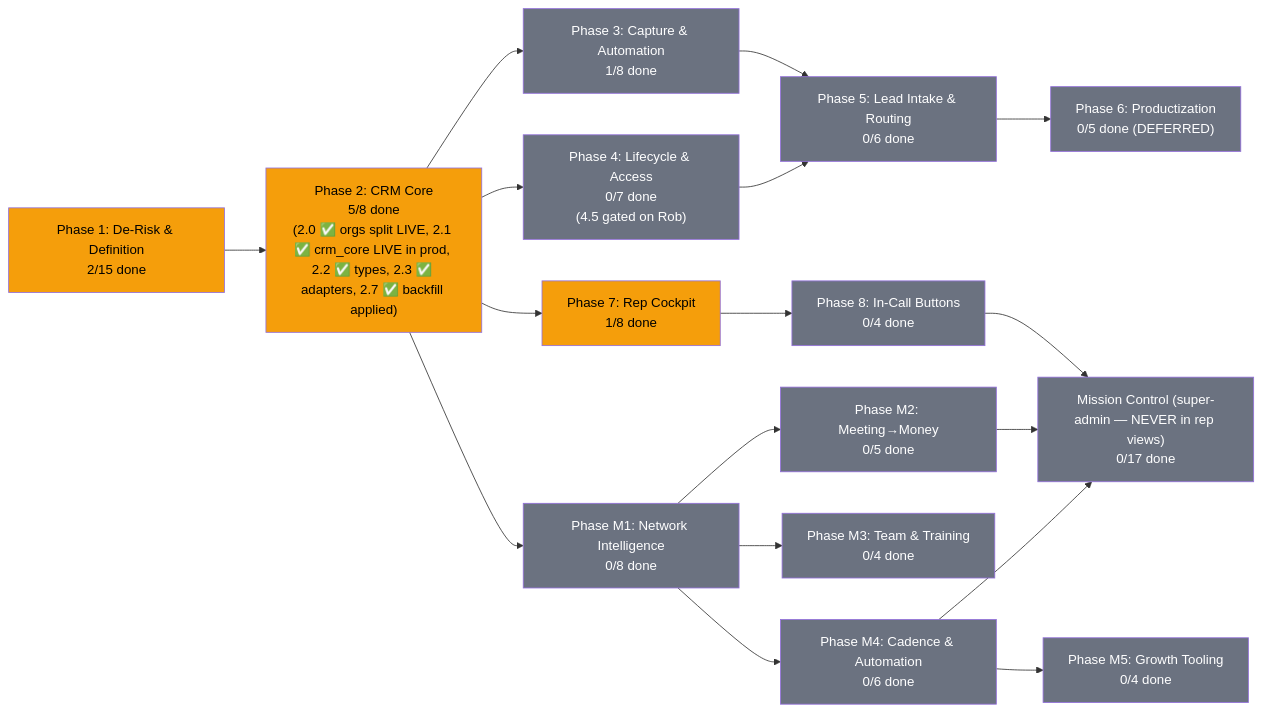
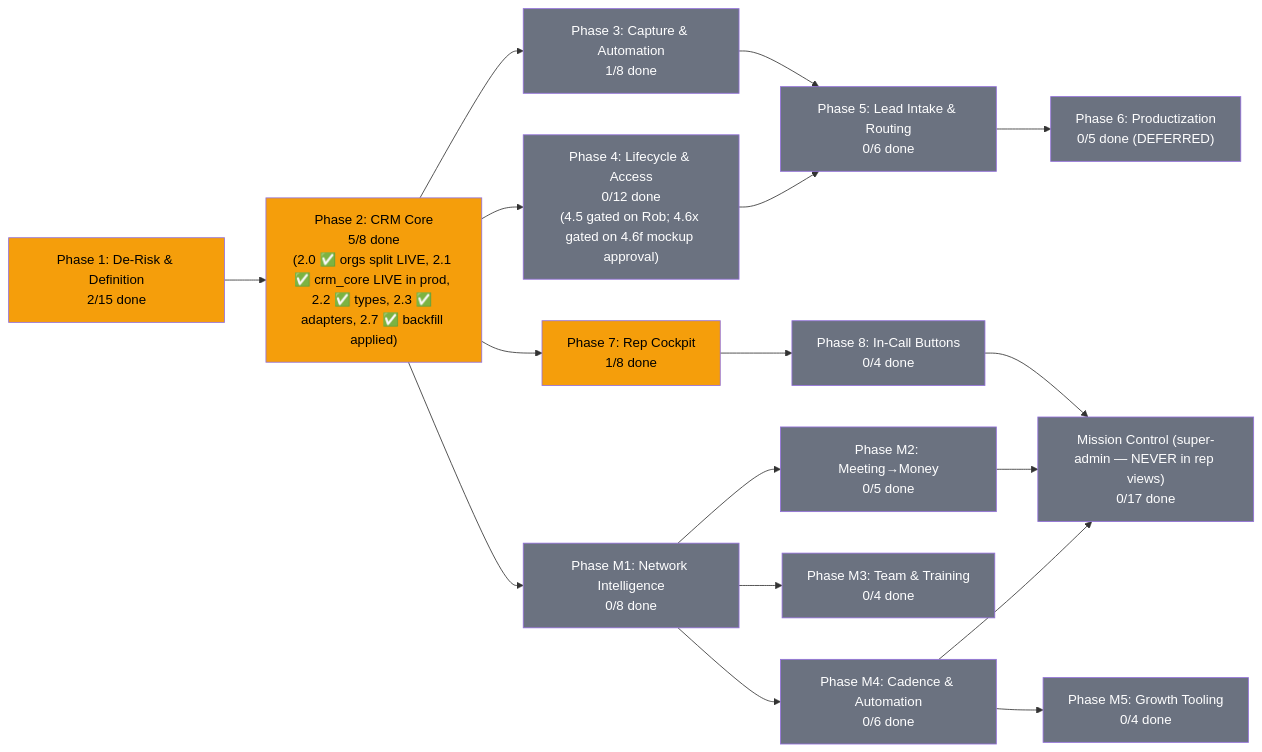
One commit to blacklabelbob/mle-rob-dashboard changed the diagram in docs/plans/PRD-mle-crm.md. Above: the diagram before and after it, drawn with Mermaid. The commit also changed other lines of this file and 1 other file, not shown here.

````diff
--- a/docs/plans/PRD-mle-crm.md
+++ b/docs/plans/PRD-mle-crm.md
@@ -24,34 +24,34 @@
 ```mermaid
 flowchart LR
     P1["Phase 1: De-Risk & Definition<br/>2/15 done"] --> P2["Phase 2: CRM Core<br/>5/8 done<br/>(2.0 ✅ orgs split LIVE, 2.1 ✅ crm_core LIVE in prod, 2.2 ✅ types, 2.3 ✅ adapters, 2.7 ✅ backfill applied)"]
     P2 --> P3["Phase 3: Capture & Automation<br/>1/8 done"]
-    P2 --> P4["Phase 4: Lifecycle & Access<br/>0/7 done<br/>(4.5 gated on Rob)"]
+    P2 --> P4["Phase 4: Lifecycle & Access<br/>0/12 done<br/>(4.5 gated on Rob; 4.6x gated on 4.6f mockup approval)"]
     P2 --> P7["Phase 7: Rep Cockpit<br/>1/8 done"]
     P7 --> P8["Phase 8: In-Call Buttons<br/>0/4 done"]
     P3 --> P5["Phase 5: Lead Intake & Routing<br/>0/6 done"]
     P4 --> P5
     P5 --> P6["Phase 6: Productization<br/>0/5 done (DEFERRED)"]
     P2 --> M1["Phase M1: Network Intelligence<br/>0/8 done"]
     M1 --> M2["Phase M2: Meeting→Money<br/>0/5 done"]
     M1 --> M3["Phase M3: Team & Training<br/>0/4 done"]
     M1 --> M4["Phase M4: Cadence & Automation<br/>0/6 done"]
     M4 --> M5["Phase M5: Growth Tooling<br/>0/4 done"]
     P8 --> MC["Mission Control (super-admin — NEVER in rep views)<br/>0/17 done"]
     M2 --> MC
     M4 --> MC
 
     style P1 fill:#f59e0b,color:#000
     style P2 fill:#f59e0b,color:#000
     style P3 fill:#6b7280,color:#fff
     style P4 fill:#6b7280,color:#fff
     style P5 fill:#6b7280,color:#fff
     style P6 fill:#6b7280,color:#fff
     style P7 fill:#f59e0b,color:#000
     style P8 fill:#6b7280,color:#fff
     style M1 fill:#6b7280,color:#fff
     style M2 fill:#6b7280,color:#fff
     style M3 fill:#6b7280,color:#fff
     style M4 fill:#6b7280,color:#fff
     style M5 fill:#6b7280,color:#fff
     style MC fill:#6b7280,color:#fff
 ```
````
